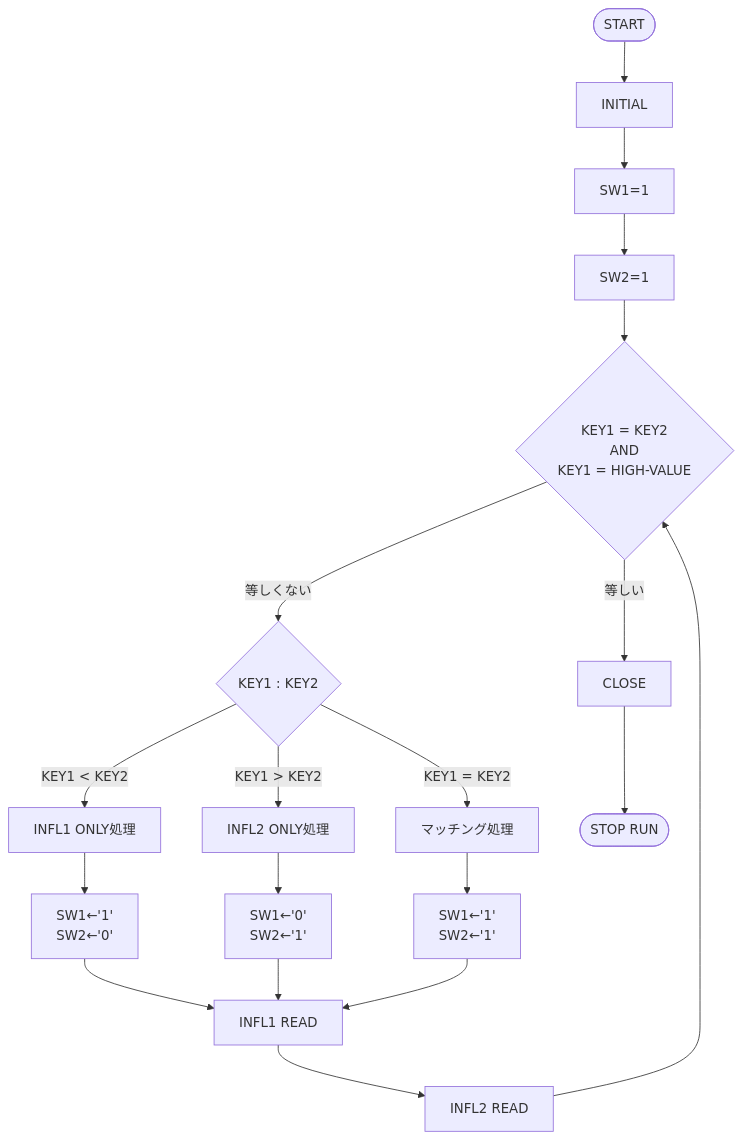
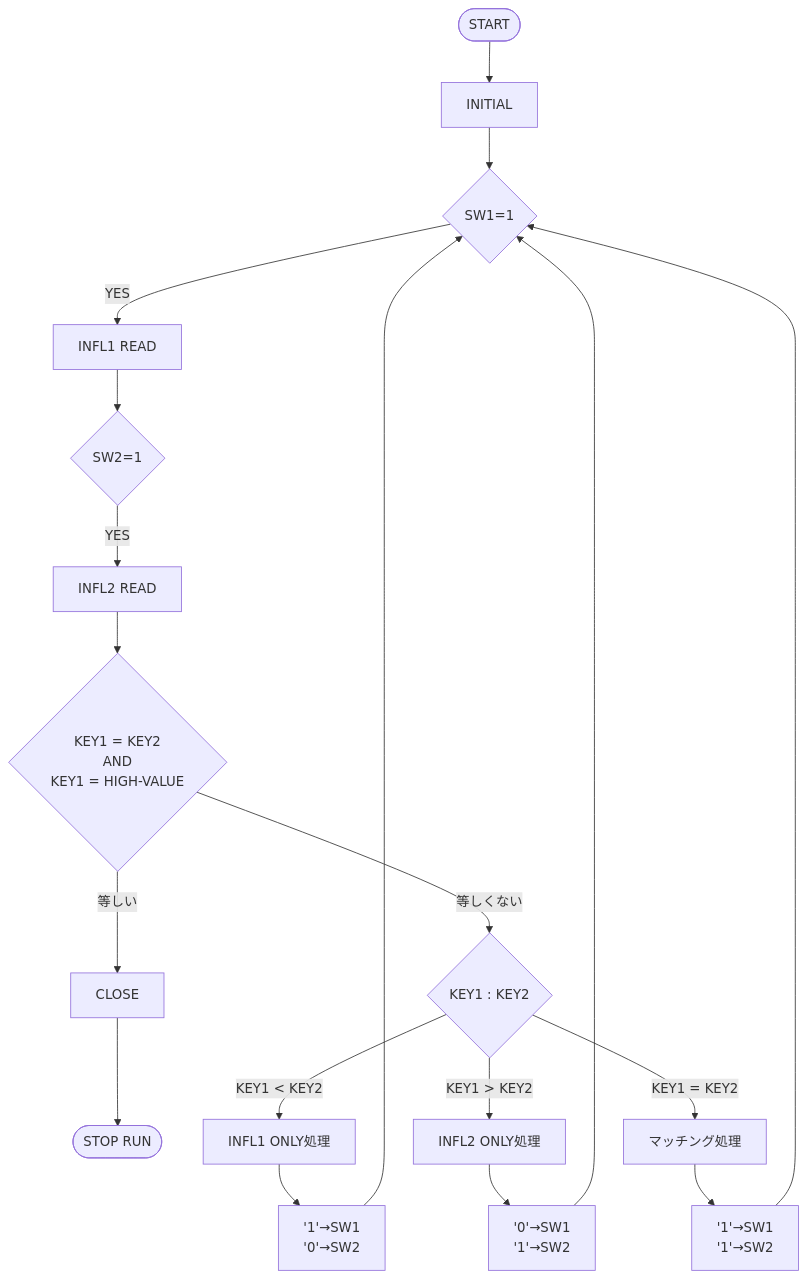
Before and after one commit to harunosuke1343-max/COBOL-Textbook: the ninth of 13 diagrams in COBOL入門編.md, drawn with Mermaid. The commit also changed other lines of this file, not shown here.

````diff
--- a/COBOL入門編.md
+++ b/COBOL入門編.md
@@ -1929,21 +2072,21 @@
 ```mermaid
 flowchart TD
   START([START]) --> INITIAL[INITIAL]
-  INITIAL --> SET_SW1[SW1=1]
-  SET_SW1 --> SET_SW2[SW2=1]
-  SET_SW2 --> CHECK{KEY1 = KEY2<br/>AND<br/>KEY1 = HIGH-VALUE}
+  INITIAL --> SW1{SW1=1}
+  SW1 -->|YES| READ1[INFL1 READ]
+  READ1 --> SW2{SW2=1}
+  SW2 -->|YES| READ2[INFL2 READ]
+  READ2 --> CHECK{KEY1 = KEY2<br/>AND<br/>KEY1 = HIGH-VALUE}
+  CHECK -->|等しい| CLOSE[CLOSE]
+  CLOSE --> END_([STOP RUN])
   CHECK -->|等しくない| COMP{KEY1 : KEY2}
   COMP -->|KEY1 < KEY2| INFL1_ONLY[INFL1 ONLY処理]
   COMP -->|KEY1 > KEY2| INFL2_ONLY[INFL2 ONLY処理]
   COMP -->|KEY1 = KEY2| MATCH_PROC[マッチング処理]
-  INFL1_ONLY --> SET_A[SW1←'1'<br/>SW2←'0']
-  INFL2_ONLY --> SET_B[SW1←'0'<br/>SW2←'1']
-  MATCH_PROC --> SET_C[SW1←'1'<br/>SW2←'1']
-  SET_A --> READ1[INFL1 READ]
-  SET_B --> READ1
-  SET_C --> READ1
-  READ1 --> READ2[INFL2 READ]
-  READ2 --> CHECK
-  CHECK -->|等しい| CLOSE[CLOSE]
-  CLOSE --> END_([STOP RUN])
+  INFL1_ONLY --> SET_A["'1'→SW1<br/>'0'→SW2"]
+  INFL2_ONLY --> SET_B["'0'→SW1<br/>'1'→SW2"]
+  MATCH_PROC --> SET_C["'1'→SW1<br/>'1'→SW2"]
+  SET_A --> SW1
+  SET_B --> SW1
+  SET_C --> SW1
 ```
````
